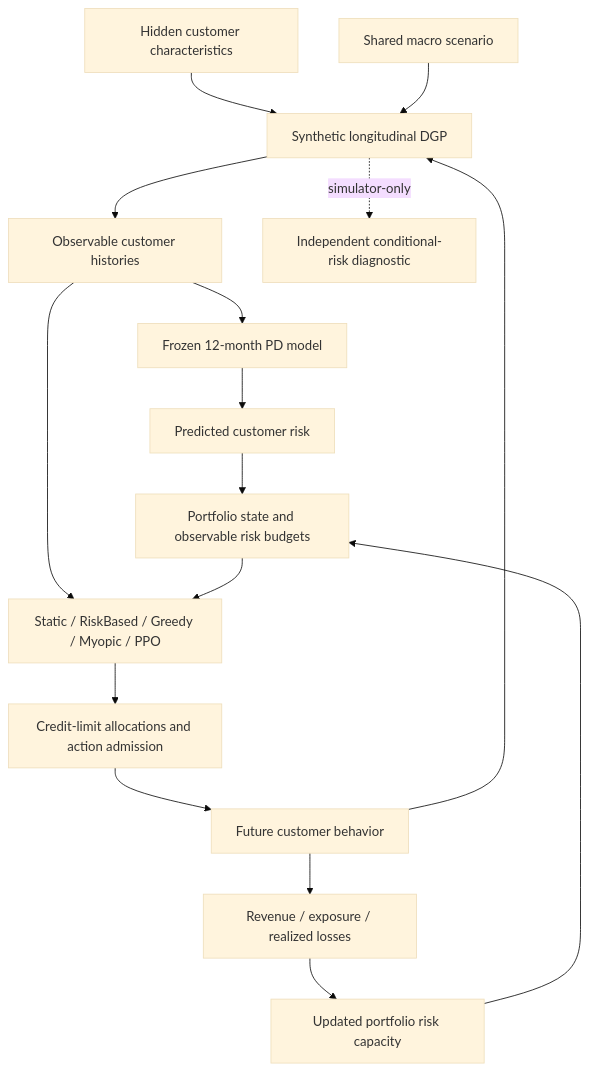
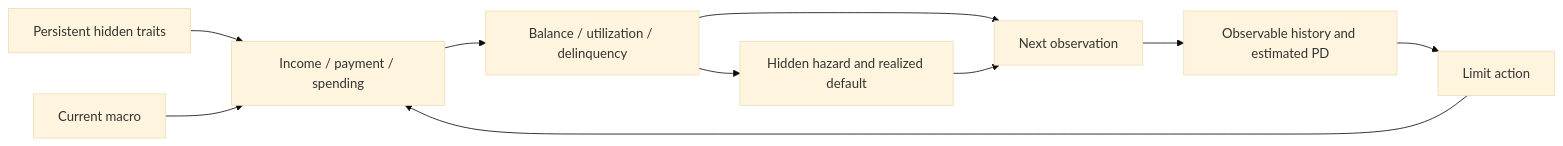
One commit to Drivax/Dynamic-Credit-Limit-Optimization-with-RL- changed the diagram in README.md. Above: the diagram before and after it, drawn with Mermaid (base theme). The commit also changed other lines of this file and 58 other files, not shown here.

````diff
--- a/README.md
+++ b/README.md
@@ -24,18 +13,12 @@
 ```mermaid
-flowchart TD
-    Hidden[Hidden customer characteristics] --> DGP[Synthetic longitudinal DGP]
-    Macro[Shared macro scenario] --> DGP
-    DGP --> Public[Observable customer histories]
-    Public --> PD[Frozen 12-month PD model]
-    PD --> Risk[Predicted customer risk]
-    Risk --> Book[Portfolio state and observable risk budgets]
-    Public --> Policy[Static / RiskBased / Greedy / Myopic / PPO]
-    Book --> Policy
-    Policy --> Allocation[Credit-limit allocations and action admission]
-    Allocation --> Behavior[Future customer behavior]
-    Behavior --> DGP
-    Behavior --> Outcomes[Revenue / exposure / realized losses]
-    Outcomes --> Update[Updated portfolio risk capacity]
-    Update --> Book
-    DGP -. simulator-only .-> Diagnostic[Independent conditional-risk diagnostic]
+flowchart LR
+    Hidden[Persistent hidden traits] --> Dynamics[Income / payment / spending]
+    Macro[Current macro] --> Dynamics
+    Observation[Observable history and estimated PD] --> Action[Limit action]
+    Action --> Dynamics
+    Dynamics --> Balance[Balance / utilization / delinquency]
+    Balance --> Default[Hidden hazard and realized default]
+    Balance --> Next[Next observation]
+    Default --> Next
+    Next --> Observation
 ```
````
